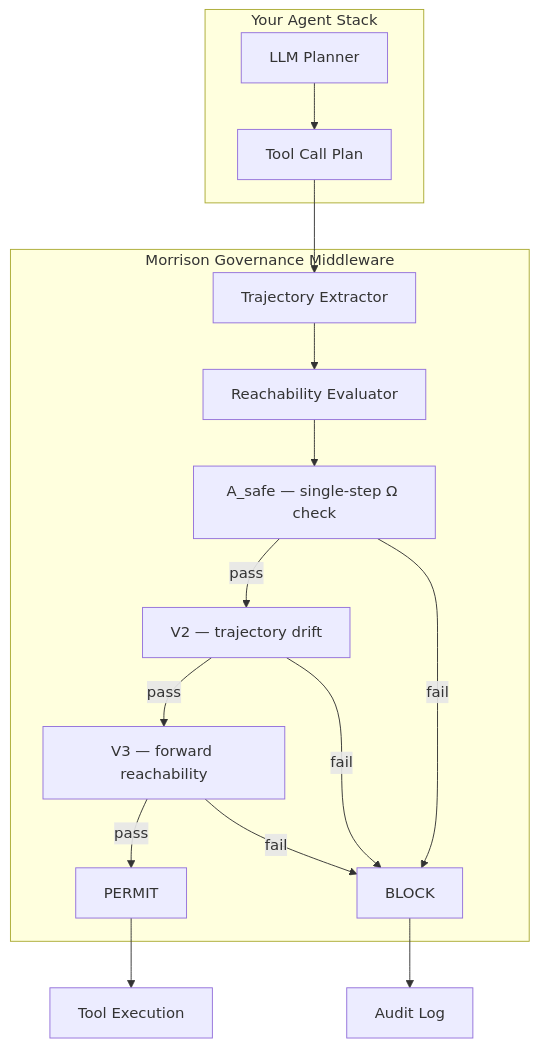
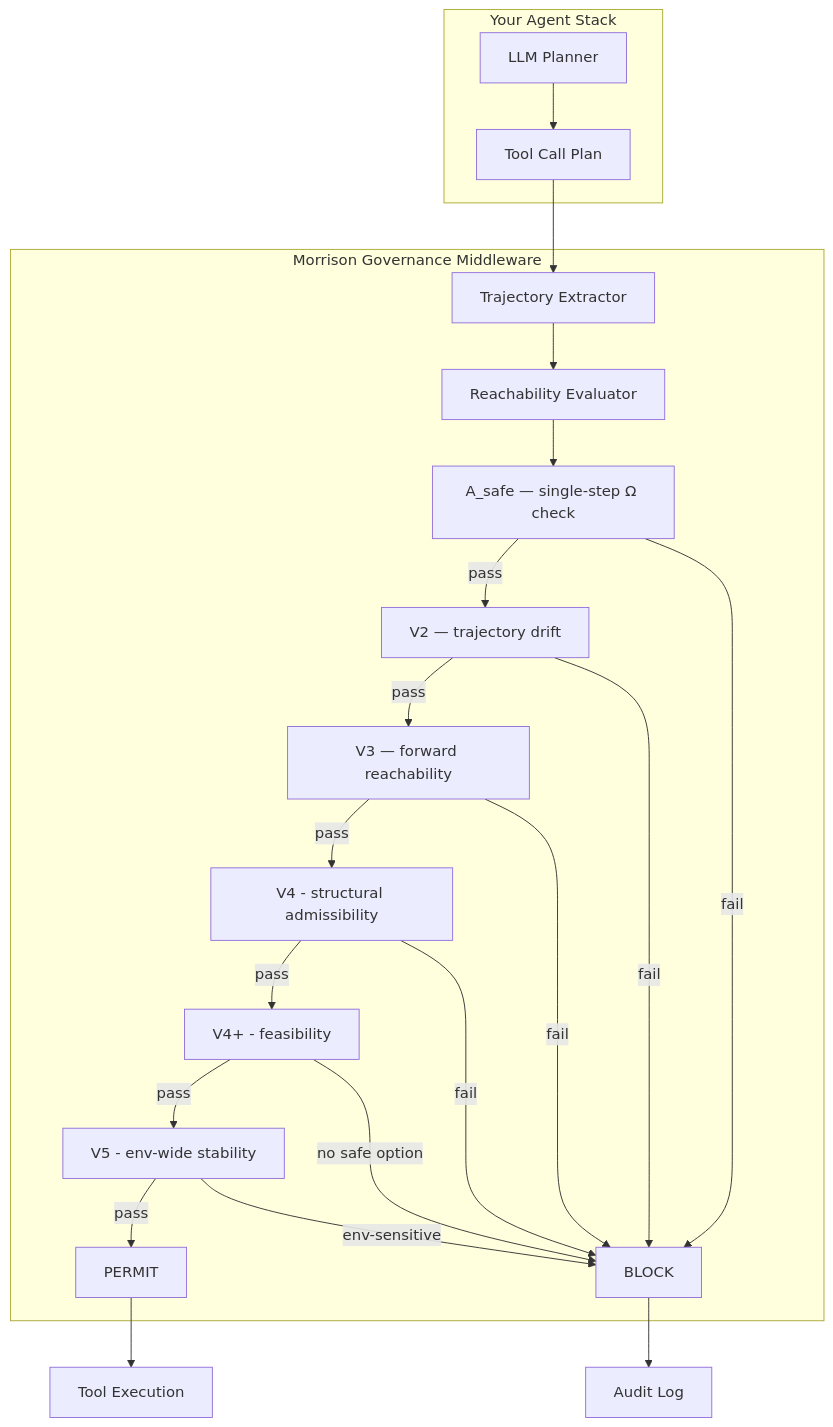
The third of 4 diagrams in deployable infrastructure repository.md (davarntrades/Morrison-Runtime-Governance), drawn with Mermaid before and after one commit. The commit also changed other lines of this file, not shown here.

````diff
--- a/deployable infrastructure repository.md
+++ b/deployable infrastructure repository.md
@@ -206,21 +206,27 @@
 ```mermaid
 graph TD
     subgraph "Your Agent Stack"
         P[LLM Planner] --> TC[Tool Call Plan]
     end
 
     subgraph "Morrison Governance Middleware"
         TC --> TE[Trajectory Extractor]
         TE --> RE[Reachability Evaluator]
         RE --> AS["A_safe — single-step Ω check"]
         AS -->|pass| V2["V2 — trajectory drift"]
         V2 -->|pass| V3["V3 — forward reachability"]
-        V3 -->|pass| PERMIT[PERMIT]
+        V3 -->|pass| V4["V4 - structural admissibility"]
+        V4 -->|pass| V4P["V4+ - feasibility"]
+        V4P -->|pass| V5["V5 - env-wide stability"]
+        V5 -->|pass| PERMIT[PERMIT]
         AS -->|fail| BLOCK[BLOCK]
         V2 -->|fail| BLOCK
         V3 -->|fail| BLOCK
+        V4 -->|fail| BLOCK
+        V4P -->|no safe option| BLOCK
+        V5 -->|env-sensitive| BLOCK
     end
 
     PERMIT --> EX[Tool Execution]
     BLOCK --> LOG[Audit Log]
 ```
````
